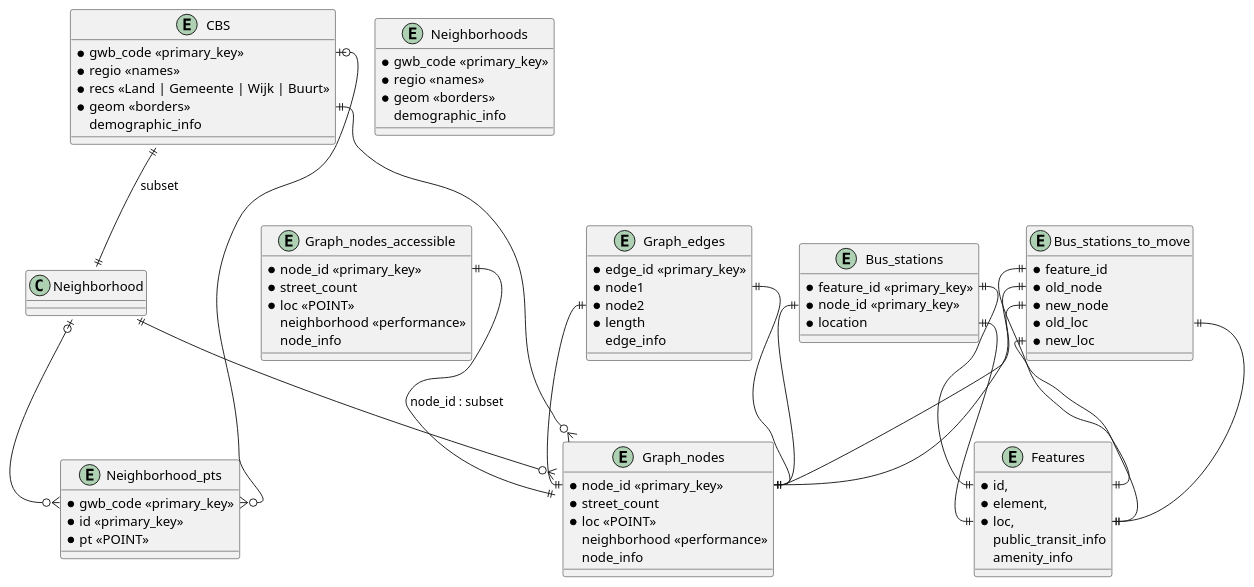
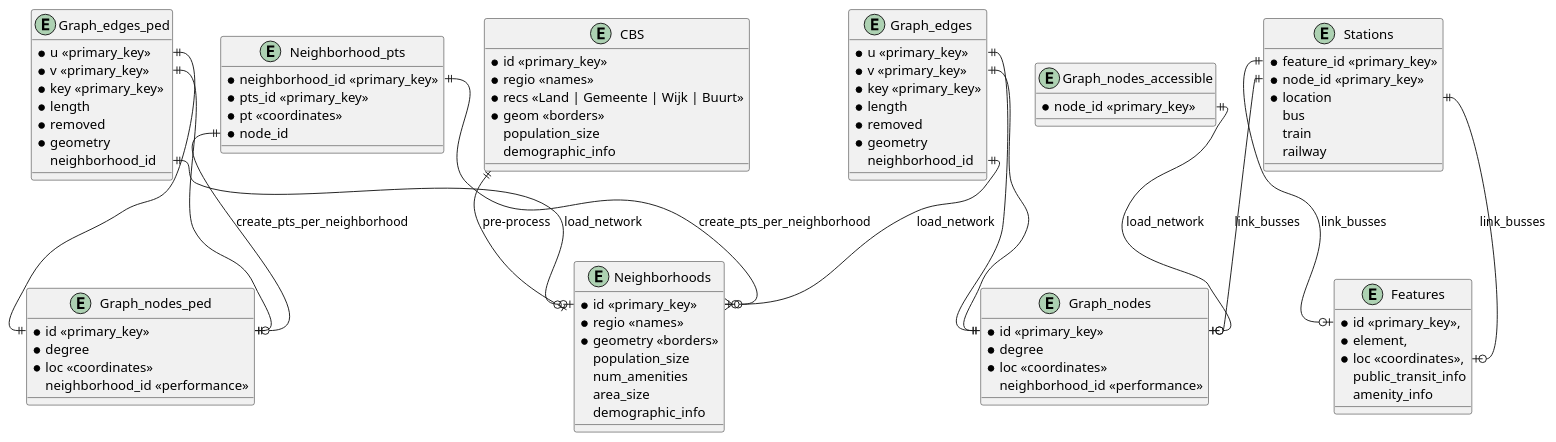
The diagram in Project-Overview/Design/Outer_design/database tobias.plantuml (Tobias0107/STDAP), drawn with PlantUML before and after one commit. The commit also changed 5 other files, not shown here.

```diff
--- a/Project-Overview/Design/Outer_design/database tobias.plantuml
+++ b/Project-Overview/Design/Outer_design/database tobias.plantuml
@@ -1,114 +1,111 @@
 @startuml class UML
 
 ''''''''''''''''''''''''''''''''''''''
 '''''' Defining all classes ''''''''''
 ''''''''''''''''''''''''''''''''''''''
 
-' On initialization
 entity CBS {
-    *gwb_code <<primary_key>>
+    *id <<primary_key>>
     *regio <<names>>
     *recs <<Land | Gemeente | Wijk | Buurt>>
     *geom <<borders>>
+    population_size
     demographic_info
 }
 
-' For data-analysis on the nodes of a large OSMnx graph
+entity Neighborhoods {
+    *id <<primary_key>>
+    *regio <<names>>
+    *geometry <<borders>>
+    population_size
+    num_amenities
+    area_size
+    demographic_info
+}
+
 entity Graph_nodes {
-    *node_id <<primary_key>>
-    *street_count
-    *loc <<POINT>>
-    neighborhood <<performance>>
-    node_info
+    *id <<primary_key>>
+    *degree
+    *loc <<coordinates>>
+    neighborhood_id <<performance>>
 }
 
 entity Graph_edges {
-    *edge_id <<primary_key>>
-    *node1
-    *node2
+    *u <<primary_key>>
+    *v <<primary_key>>
+    *key <<primary_key>>
     *length
-    edge_info
+    *removed
+    *geometry
+    neighborhood_id
 }
 
-' Graph nodes that are accessible by the pedestrian network
+entity Graph_nodes_ped {
+    *id <<primary_key>>
+    *degree
+    *loc <<coordinates>>
+    neighborhood_id <<performance>>
+}
+
+entity Graph_edges_ped {
+    *u <<primary_key>>
+    *v <<primary_key>>
+    *key <<primary_key>>
+    *length
+    *removed
+    *geometry
+    neighborhood_id
+}
+
 entity Graph_nodes_accessible {
     *node_id <<primary_key>>
-    *street_count
-    *loc <<POINT>>
-    neighborhood <<performance>>
-    node_info
 }
 
-' Bus_stations (features) linked to nodes with feature location
-entity Bus_stations {
-    *feature_id <<primary_key>>
-    *node_id <<primary_key>>
-    *location
-}
-
-' The calculated result of the to-move Bus-stations
-entity Bus_stations_to_move {
-    *feature_id
-    *old_node
-    *new_node
-    *old_loc
-    *new_loc
-}
-
-' The 5 points representing a neighborhood. Every point is a single column to
-' allow customizable number of points per neighborhood.
 entity Neighborhood_pts {
-    *gwb_code <<primary_key>>
-    *id <<primary_key>>
-    *pt <<POINT>>
-}
-
-' Cleaned version of CBS after pre-processing.
-' Contains only needed columns with some (partially) processed data.
-' Only rec='Buurt'
-' Population density
-' Amenity density
-' Only essential demographic_info
-entity Neighborhoods {
-    *gwb_code <<primary_key>>
-    *regio <<names>>
-    *geom <<borders>>
-    demographic_info
+    *neighborhood_id <<primary_key>>
+    *pts_id <<primary_key>>
+    *pt <<coordinates>>
+    *node_id
 }
 
 entity Features {
-    *id,
+    *id <<primary_key>>,
     *element,
-    *loc,
+    *loc <<coordinates>>,
     public_transit_info
     amenity_info
 }
 
+entity Stations {
+    *feature_id <<primary_key>>
+    *node_id <<primary_key>>
+    *location
+    bus
+    train
+    railway
+}
 
 ''''''''''''''''''''''''''''''''''''''
 '''''' Defining relations ''''''''''''
 ''''''''''''''''''''''''''''''''''''''
 
-CBS ||--|| Neighborhood : subset
-CBS::gwb_code |o--o{  Neighborhood_pts::gwb_code
-Neighborhood::gwb_code |o--o{  Neighborhood_pts::gwb_code
+CBS ||--o| Neighborhoods : pre-process
 
-CBS::geom ||--o{ Graph_nodes::zone
-Neighborhood::geom ||--o{ Graph_nodes::zone
+Neighborhood_pts::neighborhood_id ||--o{ Neighborhoods::id : create_pts_per_neighborhood
+Neighborhood_pts::node_id ||--o| Graph_nodes_ped::id : create_pts_per_neighborhood
 
-Graph_edges::node1 ||--|| Graph_nodes::node_id
-Graph_edges::node2 ||--|| Graph_nodes::node_id
 
-Bus_stations::feature_id ||--|| Features::id
-Bus_stations::node_id ||--|| Graph_nodes::node_id
-Bus_stations::location ||--|| Features::loc
+Graph_edges::u ||--|| Graph_nodes::id
+Graph_edges::v ||--|| Graph_nodes::id
+Graph_edges::neighborhood_id ||--o| Neighborhoods::id : load_network
+Graph_edges_ped::u ||--|| Graph_nodes_ped::id
+Graph_edges_ped::v ||--|| Graph_nodes_ped::id
+Graph_edges_ped::neighborhood_id ||--o| Neighborhoods::id : load_network
 
-Bus_stations_to_move::feature_id ||--|| Features::id
-Bus_stations_to_move::old_node ||--|| Graph_nodes::node_id
-Bus_stations_to_move::new_node ||--|| Graph_nodes::node_id
-Bus_stations_to_move::old_loc ||--|| Features::loc
-Bus_stations_to_move::new_loc ||--|| Features::loc
+Stations::feature_id ||--o| Features::id : link_busses
+Stations::node_id ||--o| Graph_nodes::id : link_busses
+Stations::location ||--o| Features::loc : link_busses
 
-Graph_nodes_accessible::node_id ||--|| Graph_nodes:node_id : subset
+Graph_nodes_accessible::node_id ||--o| Graph_nodes::id : load_network
 
 @enduml
```
